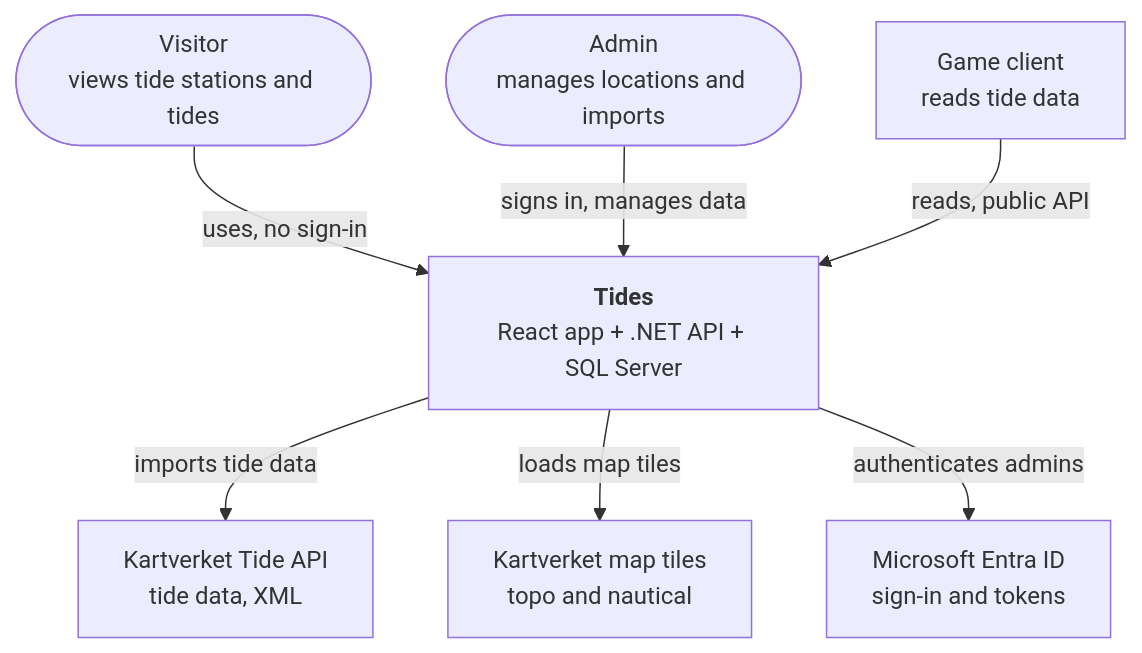
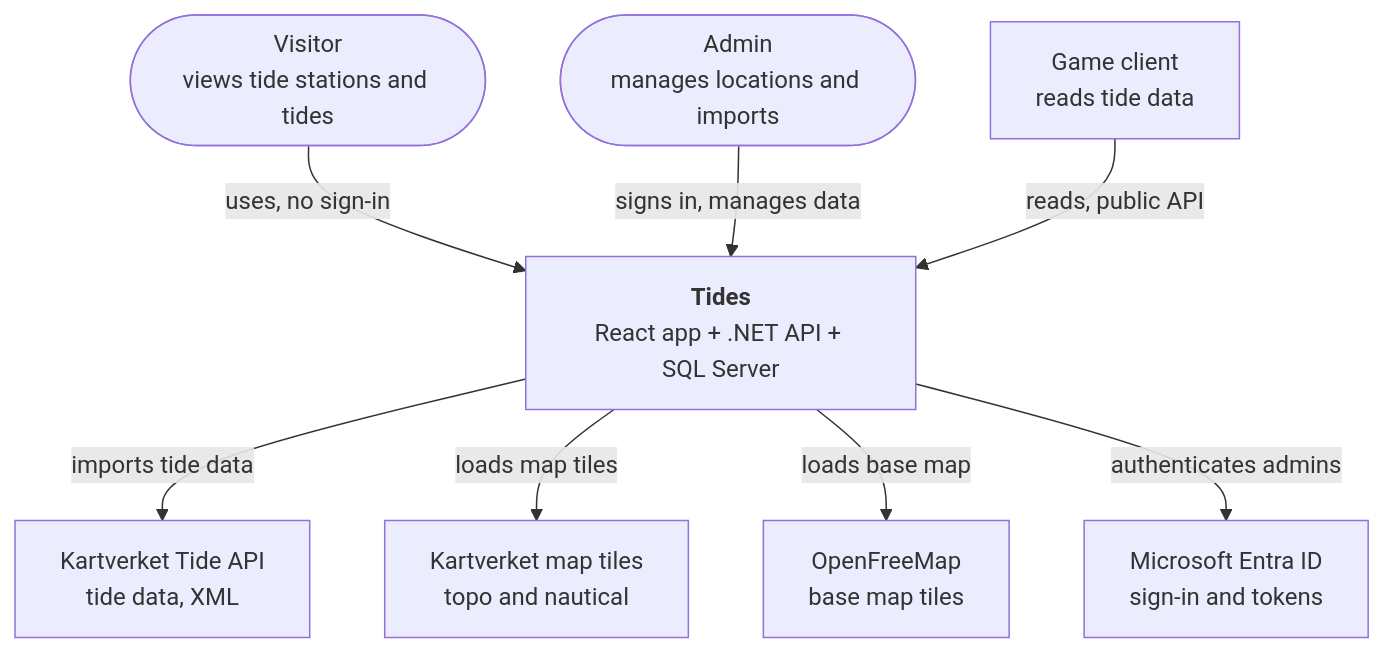
The diagram in docs/architecture.md (doccelick/tides), drawn with Mermaid before and after one commit. The commit also changed other lines of this file and 8 other files, not shown here.

````diff
--- a/docs/architecture.md
+++ b/docs/architecture.md
@@ -7,19 +7,21 @@
 ```mermaid
 flowchart TB
     visitor(["Visitor<br/>views tide stations and tides"])
     admin(["Admin<br/>manages locations and imports"])
     game["Game client<br/>reads tide data"]
 
     tides["<b>Tides</b><br/>React app + .NET API + SQL Server"]
 
     tideApi["Kartverket Tide API<br/>tide data, XML"]
     tiles["Kartverket map tiles<br/>topo and nautical"]
+    baseMap["OpenFreeMap<br/>base map tiles"]
     entra["Microsoft Entra ID<br/>sign-in and tokens"]
 
     visitor -- "uses, no sign-in" --> tides
     admin -- "signs in, manages data" --> tides
     game -- "reads, public API" --> tides
     tides -- "imports tide data" --> tideApi
     tides -- "loads map tiles" --> tiles
+    tides -- "loads base map" --> baseMap
     tides -- "authenticates admins" --> entra
 ```
````
